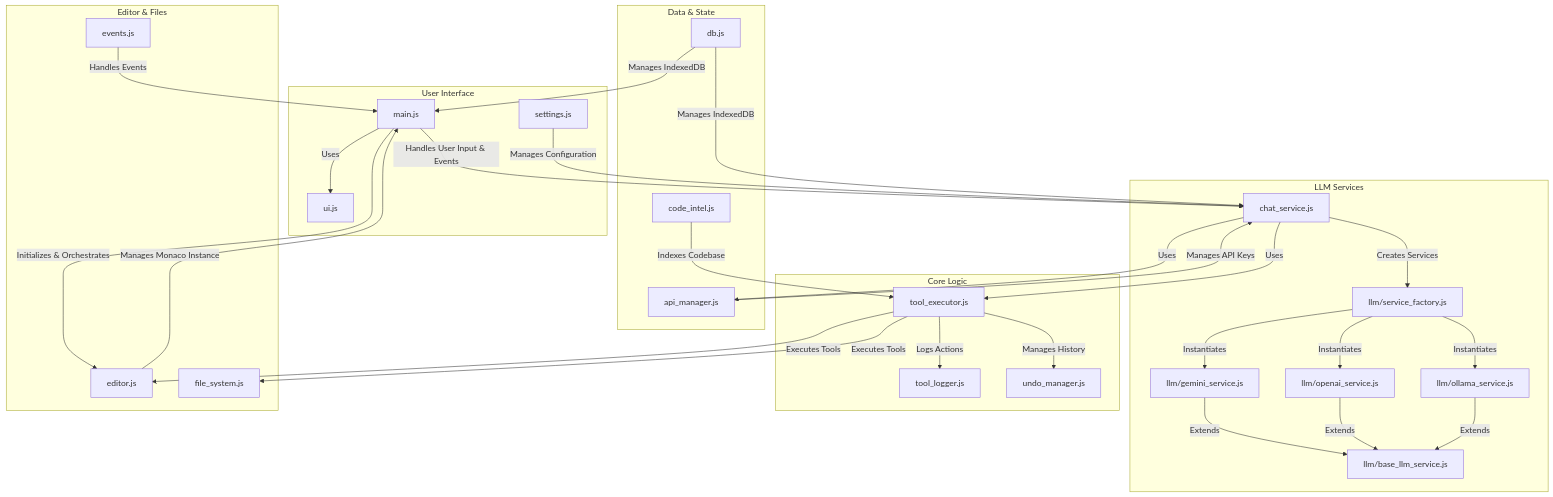
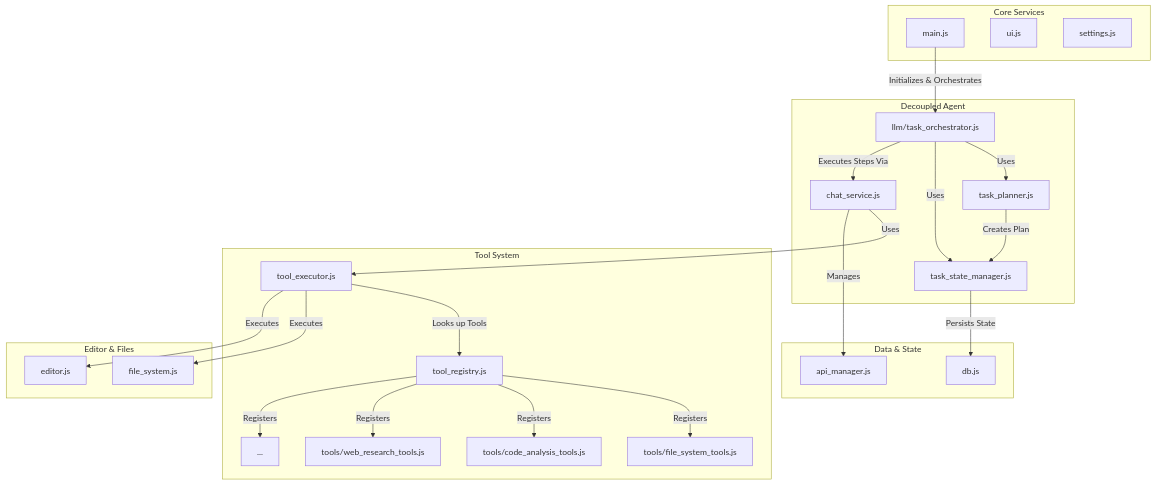
Before and after one commit to yapweijun1996/AI-Code-Editor-v16: the first of 5 diagrams in docs/ARCHITECTURE.md, drawn with Mermaid. The commit also changed other lines of this file and 9 other files, not shown here.

````diff
--- a/docs/ARCHITECTURE.md
+++ b/docs/ARCHITECTURE.md
@@ -22,59 +27,50 @@
 ```mermaid
 graph TD
-    subgraph User Interface
+    subgraph Core Services
         A[main.js]
         B[ui.js]
         S[settings.js]
     end
 
-    subgraph LLM Services
+    subgraph Decoupled Agent
+        TO[llm/task_orchestrator.js]
+        TP[task_planner.js]
+        TSM[task_state_manager.js]
         CS[chat_service.js]
-        SF[llm/service_factory.js]
-        GS[llm/gemini_service.js]
-        OS[llm/openai_service.js]
-        OLS[llm/ollama_service.js]
-        BS[llm/base_llm_service.js]
     end
 
-    subgraph Core Logic
-        D[tool_executor.js]
-        TL[tool_logger.js]
-        UM[undo_manager.js]
+    subgraph Tool System
+        TE[tool_executor.js]
+        TR[tool_registry.js]
+        T_FS[tools/file_system_tools.js]
+        T_CA[tools/code_analysis_tools.js]
+        T_WR[tools/web_research_tools.js]
+        T_Other[...]
     end
 
     subgraph Data & State
-        E[db.js]
-        F[api_manager.js]
-        CI[code_intel.js]
+        DB[db.js]
+        AM[api_manager.js]
     end
 
     subgraph Editor & Files
-        G[editor.js]
-        H[file_system.js]
-        EV[events.js]
+        ED[editor.js]
+        FS[file_system.js]
     end
 
-    A -- Initializes & Orchestrates --> G
-    A -- Handles User Input & Events --> CS
-    A -- Uses --> B
-    CS -- Creates Services --> SF
-    SF -- Instantiates --> GS
-    SF -- Instantiates --> OS
-    SF -- Instantiates --> OLS
-    GS -- Extends --> BS
-    OS -- Extends --> BS
-    OLS -- Extends --> BS
-    CS -- Uses --> D
-    CS -- Uses --> F
-    D -- Executes Tools --> H
-    D -- Executes Tools --> G
-    D -- Logs Actions --> TL
-    D -- Manages History --> UM
-    G -- Manages Monaco Instance --> A
-    E -- Manages IndexedDB --> A
-    E -- Manages IndexedDB --> CS
-    F -- Manages API Keys --> CS
-    S -- Manages Configuration --> CS
-    CI -- Indexes Codebase --> D
-    EV -- Handles Events --> A
+    A -- Initializes & Orchestrates --> TO
+    TO -- Uses --> TP
+    TO -- Uses --> TSM
+    TO -- Executes Steps Via --> CS
+    TP -- Creates Plan --> TSM
+    CS -- Uses --> TE
+    TE -- Looks up Tools --> TR
+    TR -- Registers --> T_FS
+    TR -- Registers --> T_CA
+    TR -- Registers --> T_WR
+    TR -- Registers --> T_Other
+    TE -- Executes --> FS
+    TE -- Executes --> ED
+    CS -- Manages --> AM
+    TSM -- Persists State --> DB
 ```
````
